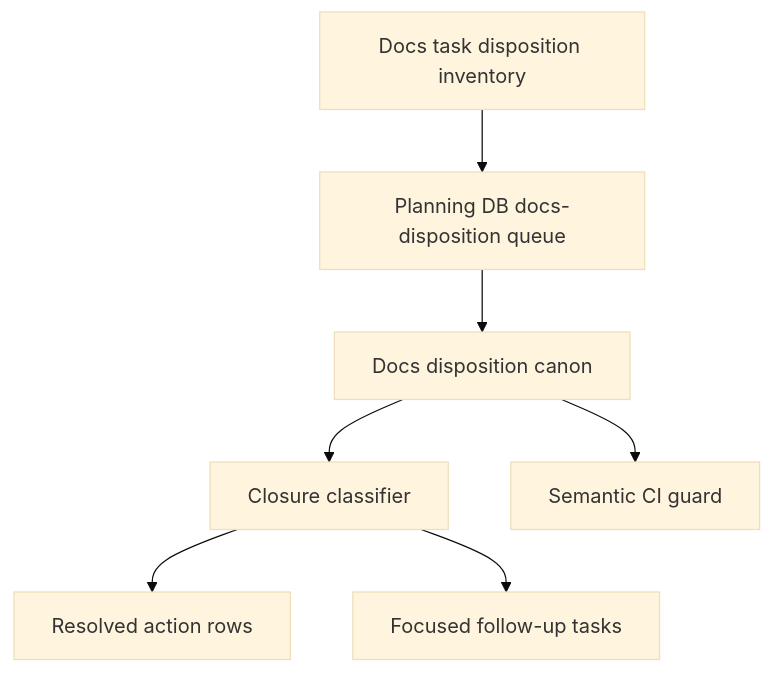
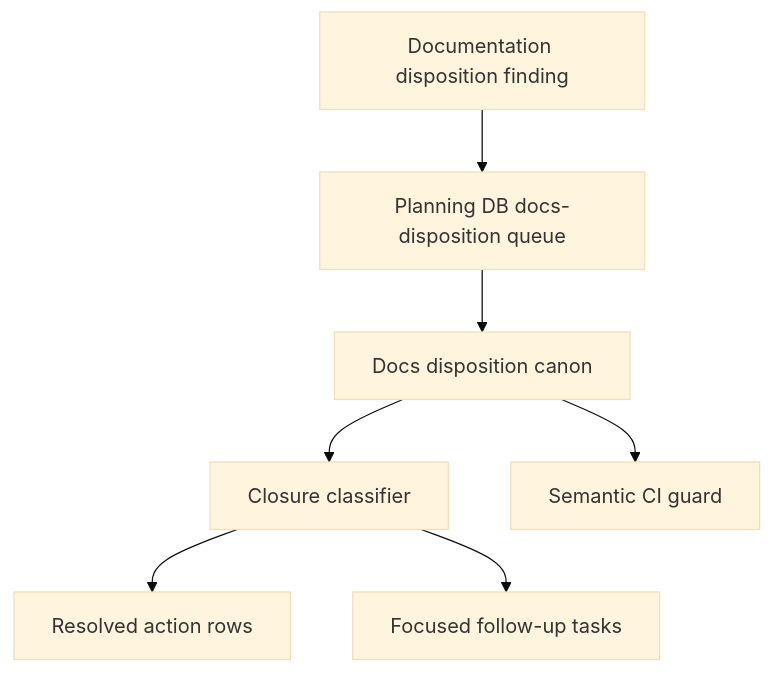
One commit to dunay2/dvt changed the second of 2 diagrams in docs/architecture/components/ci-governance/docs-disposition-canon-component.md. Above: the diagram before and after it, drawn with Mermaid (base theme). The commit also changed other lines of this file and 263 other files, not shown here.

````diff
--- a/docs/architecture/components/ci-governance/docs-disposition-canon-component.md
+++ b/docs/architecture/components/ci-governance/docs-disposition-canon-component.md
@@ -81,17 +82,17 @@
 ```mermaid
 flowchart TD
-  Inventory["Docs task disposition inventory"]
+  Finding["Documentation disposition finding"]
   Queue["Planning DB docs-disposition queue"]
   Canon["Docs disposition canon"]
   Classifier["Closure classifier"]
   Actions["Resolved action rows"]
   FollowUps["Focused follow-up tasks"]
   Guard["Semantic CI guard"]
 
-  Inventory --> Queue
+  Finding --> Queue
   Queue --> Canon
   Canon --> Classifier
   Classifier --> Actions
   Classifier --> FollowUps
   Canon --> Guard
 ```
````
